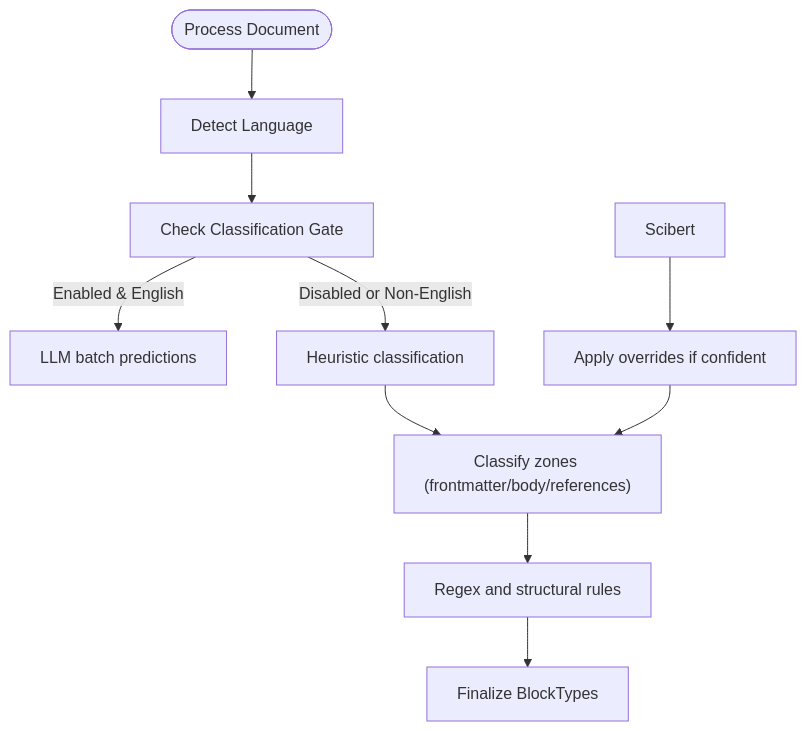
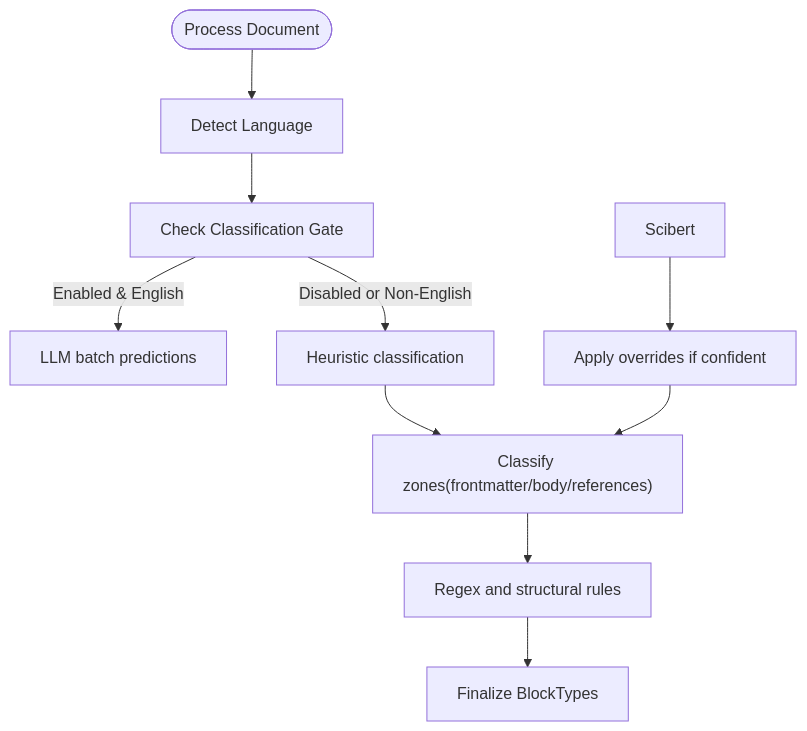
Diagram 11 of 12 in docs/docs/knowledge/AI_ML Integration/AI_ML Integration.md (rohitkumarnaidu/ScholarFormAI), drawn with Mermaid before and after one commit. The commit also changed 73 other files, not shown here.

First line of the commit message:
docs: enterprise-level markdown upgrade with Mermaid diagrams

````diff
--- a/docs/docs/knowledge/AI_ML Integration/AI_ML Integration.md
+++ b/docs/docs/knowledge/AI_ML Integration/AI_ML Integration.md
@@ -428,12 +428,12 @@
 ```mermaid
 flowchart TD
 Start(["Process Document"]) --> DetectLang["Detect Language"]
 DetectLang --> CheckGate["Check Classification Gate"]
 CheckGate --> |Enabled & English| Classify["LLM batch predictions"]
 CheckGate --> |Disabled or Non-English| Heuristic["Heuristic classification"]
 Scibert --> Apply["Apply overrides if confident"]
-Heuristic --> Zones["Classify zones (frontmatter/body/references)"]
+Heuristic --> Zones["Classify zones(frontmatter/body/references)"]
 Apply --> Zones
 Zones --> Regex["Regex and structural rules"]
 Regex --> Finalize["Finalize BlockTypes"]
 ```
````
